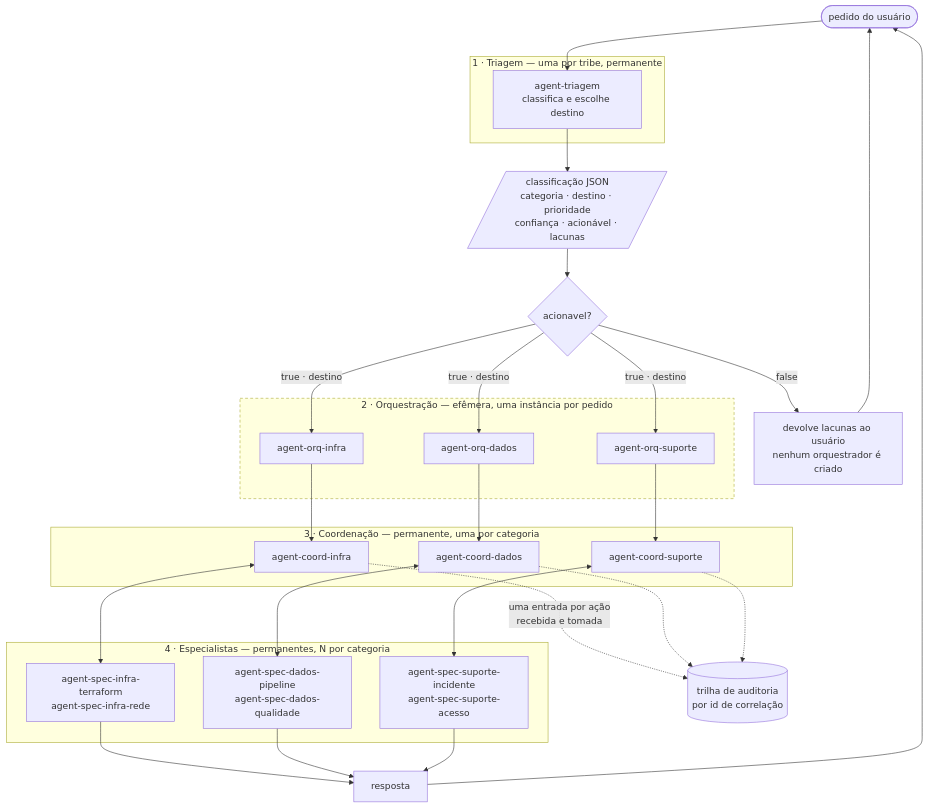
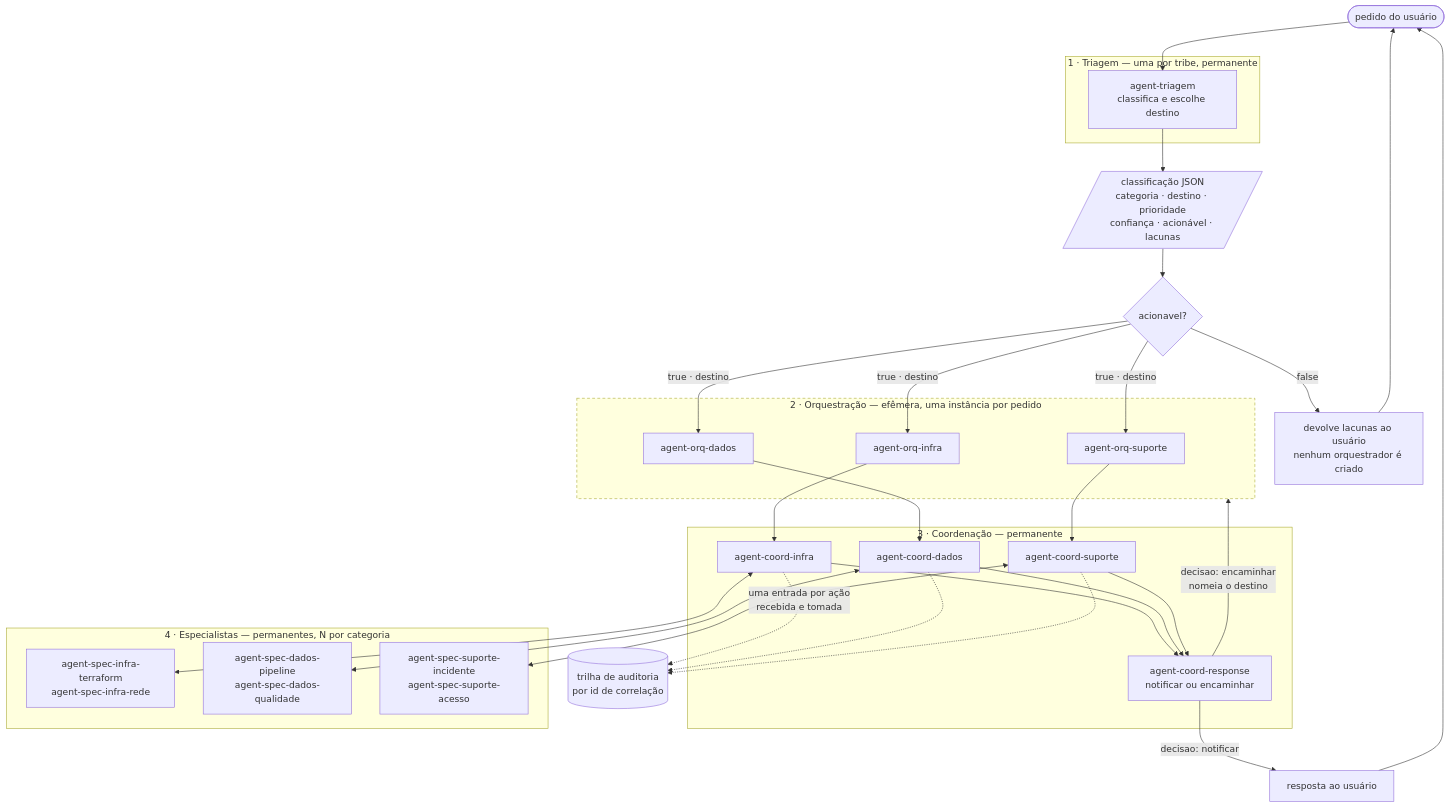
One commit to 0xHackerSpace/squadAgents changed the first of 4 diagrams in docs/SDD.md. Above: the diagram before and after it, drawn with Mermaid. The commit also changed other lines of this file and 9 other files, not shown here.

````diff
--- a/docs/SDD.md
+++ b/docs/SDD.md
@@ -32,49 +32,54 @@
 ```mermaid
 flowchart TD
     U(["pedido do usuário"]) --> T
 
     subgraph camada1["1 · Triagem — uma por tribe, permanente"]
         T["agent-triagem<br/>classifica e escolhe destino"]
     end
 
     T --> J[/"classificação JSON<br/>categoria · destino · prioridade<br/>confiança · acionável · lacunas"/]
     J --> G{"acionavel?"}
     G -->|"false"| X["devolve lacunas ao usuário<br/>nenhum orquestrador é criado"]
 
     subgraph camada2["2 · Orquestração — efêmera, uma instância por pedido"]
         O1["agent-orq-infra"]
         O2["agent-orq-dados"]
         O3["agent-orq-suporte"]
     end
 
     G -->|"true · destino"| O1 & O2 & O3
 
-    subgraph camada3["3 · Coordenação — permanente, uma por categoria"]
+    subgraph camada3["3 · Coordenação — permanente"]
         C1["agent-coord-infra"]
         C2["agent-coord-dados"]
         C3["agent-coord-suporte"]
+        RC["agent-coord-response<br/>notificar ou encaminhar"]
     end
 
     O1 --> C1
     O2 --> C2
     O3 --> C3
 
     subgraph camada4["4 · Especialistas — permanentes, N por categoria"]
         E1["agent-spec-infra-terraform<br/>agent-spec-infra-rede"]
         E2["agent-spec-dados-pipeline<br/>agent-spec-dados-qualidade"]
         E3["agent-spec-suporte-incidente<br/>agent-spec-suporte-acesso"]
     end
 
     C1 <--> E1
     C2 <--> E2
     C3 <--> E3
 
     C1 -.->|"uma entrada por ação<br/>recebida e tomada"| L[("trilha de auditoria<br/>por id de correlação")]
     C2 -.-> L
     C3 -.-> L
 
+    C1 & C2 & C3 --> RC
+    RC -->|"decisao: encaminhar<br/>nomeia o destino"| camada2
+    RC -->|"decisao: notificar"| R["resposta ao usuário"]
+
     X --> U
-    E1 & E2 & E3 --> R["resposta"] --> U
+    R --> U
 
     style camada2 stroke-dasharray:5 4
 ```
````
